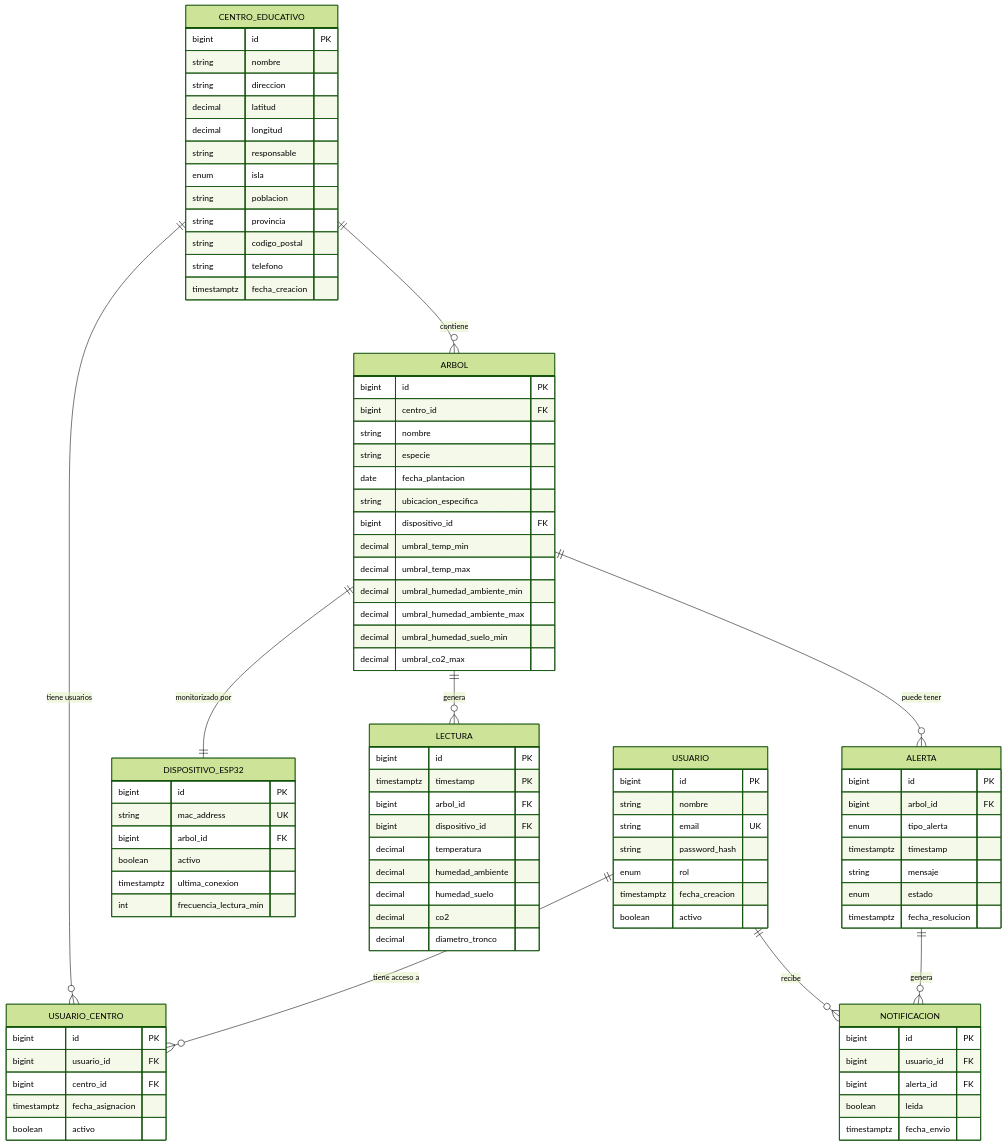
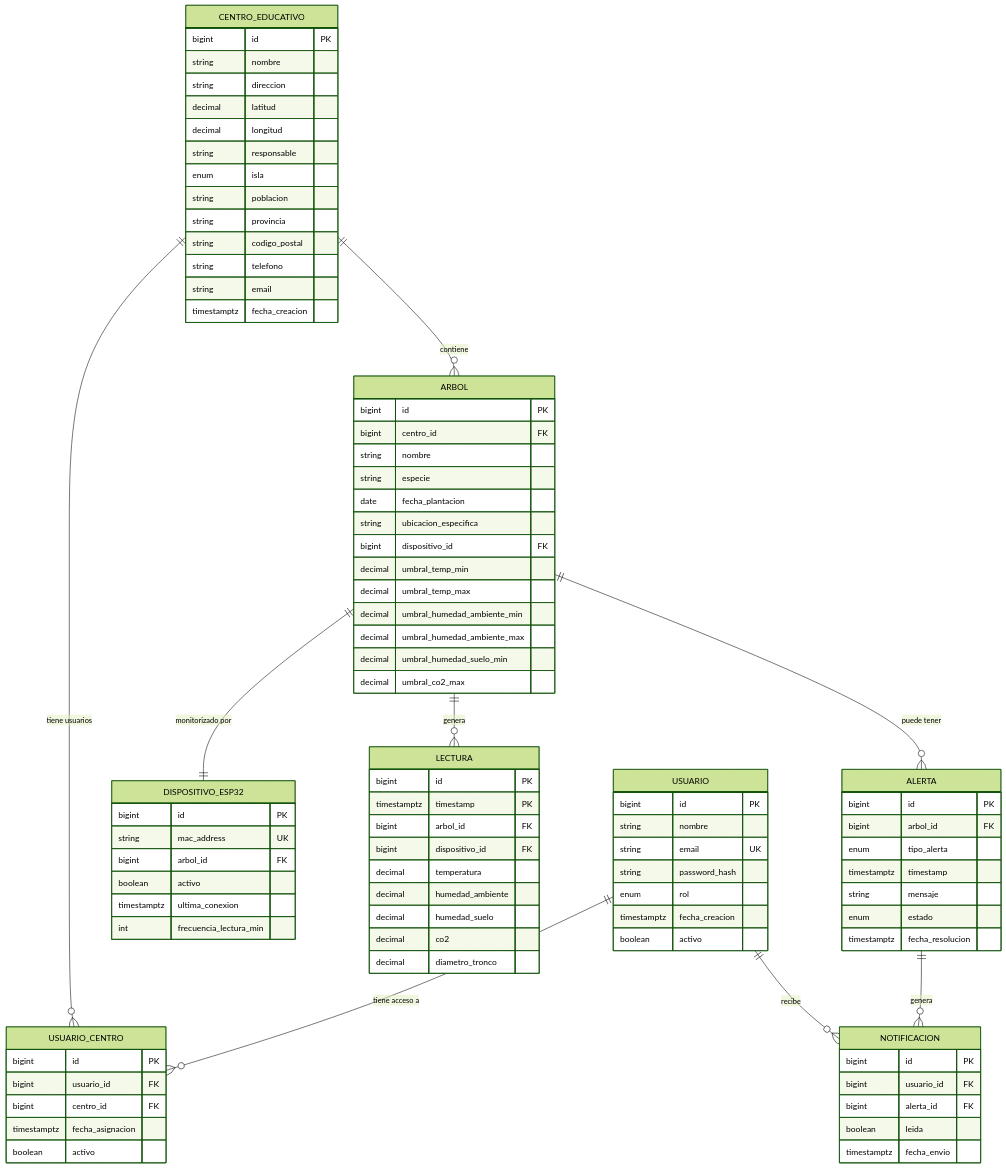
One commit to riordi80/vocational-training-final-project changed the first of 2 diagrams in docs/04. MODELO_DATOS.md. Above: the diagram before and after it, drawn with Mermaid (forest theme). The commit also changed other lines of this file and 1 other file, not shown here.

First line of the commit message:
docs: add email field to data model and Android model

```diff
--- a/docs/04. MODELO_DATOS.md
+++ b/docs/04. MODELO_DATOS.md
@@ -78,6 +78,7 @@
         string provincia
         string codigo_postal
         string telefono
+        string email
         timestamptz fecha_creacion
     }
 
```
